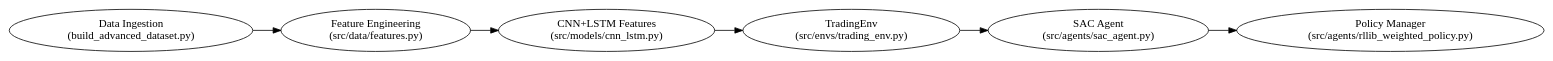
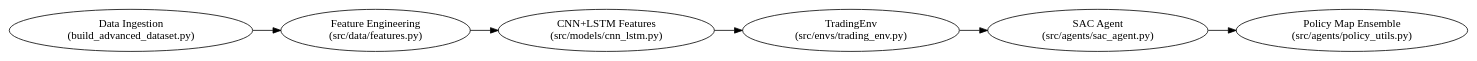
Before and after one commit to Zzzero-hash/trading-rl-agent: the diagram in docs/img/architecture_pipeline.gv, drawn with Graphviz. The commit also changed 7 other files, not shown here.

Commit message:
Remove custom weighted policy manager

```diff
--- a/docs/img/architecture_pipeline.gv
+++ b/docs/img/architecture_pipeline.gv
@@ -1,12 +1,12 @@
 digraph G {
   rankdir=LR;
   DataIngestion [label="Data Ingestion\n(build_advanced_dataset.py)"];
   FeatureEngineering [label="Feature Engineering\n(src/data/features.py)"];
   CNNLSTMExtractor [label="CNN+LSTM Features\n(src/models/cnn_lstm.py)"];
   TradingEnv [label="TradingEnv\n(src/envs/trading_env.py)"];
   SAC [label="SAC Agent\n(src/agents/sac_agent.py)"];
-  Ensemble [label="Policy Manager\n(src/agents/rllib_weighted_policy.py)"];
+  Ensemble [label="Policy Map Ensemble\n(src/agents/policy_utils.py)"];
   DataIngestion -> FeatureEngineering -> CNNLSTMExtractor -> TradingEnv;
   TradingEnv -> SAC;
   SAC -> Ensemble;
 }
```
